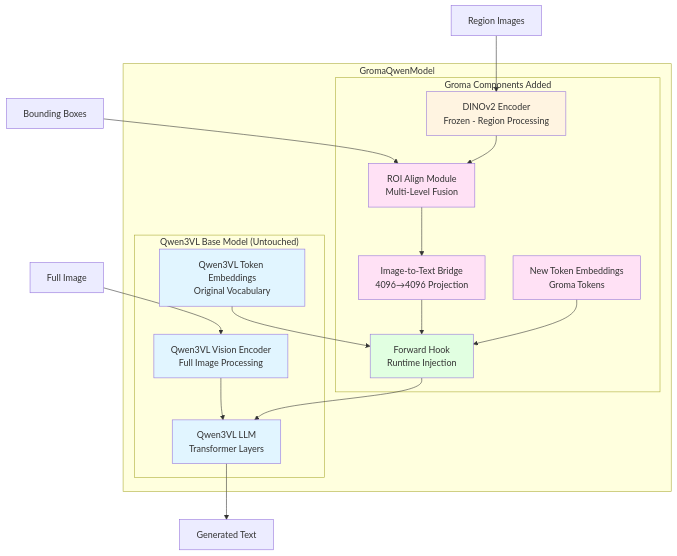
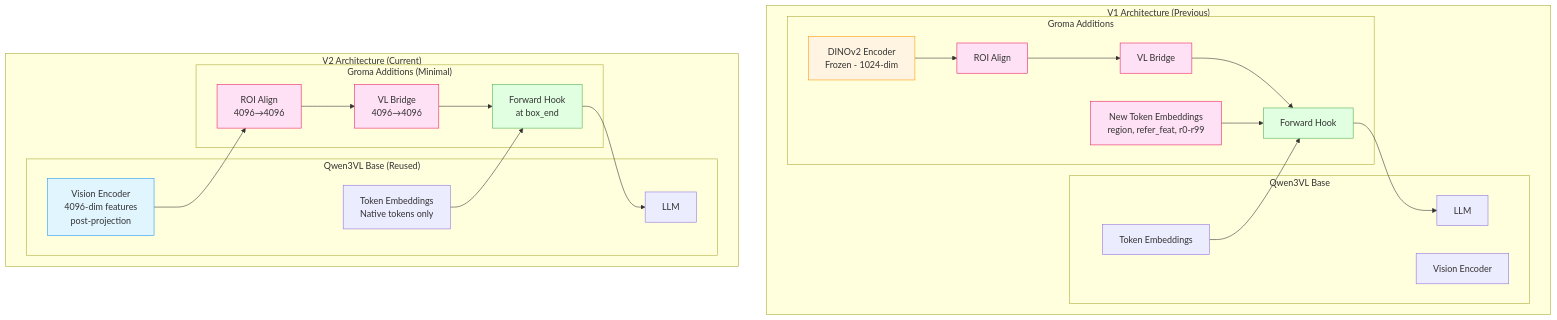
Before and after one commit to shaunliew-sit/Groma: the first of 5 diagrams in docs/RETRAIN_PLAN_QWEN3VL.md, drawn with Mermaid. The commit also changed other lines of this file and 15 other files, not shown here.

Commit message:
groma qwen v2 implementation and evaluation

````diff
--- a/docs/RETRAIN_PLAN_QWEN3VL.md
+++ b/docs/RETRAIN_PLAN_QWEN3VL.md
@@ -30,41 +37,56 @@
 ```mermaid
 graph TB
-    subgraph "GromaQwenModel"
-        subgraph "Qwen3VL Base Model (Untouched)"
-            QwenVision[Qwen3VL Vision Encoder<br/>Full Image Processing]
-            QwenLLM[Qwen3VL LLM<br/>Transformer Layers]
-            QwenEmbed[Qwen3VL Token Embeddings<br/>Original Vocabulary]
+    subgraph V1["V1 Architecture (Previous)"]
+        subgraph V1Qwen["Qwen3VL Base"]
+            V1Vision[Vision Encoder]
+            V1LLM[LLM]
+            V1Embed[Token Embeddings]
         end
         
-        subgraph "Groma Components Added"
-            DINOv2[DINOv2 Encoder<br/>Frozen - Region Processing]
-            ROIAlign[ROI Align Module<br/>Multi-Level Fusion]
-            Bridge[Image-to-Text Bridge<br/>4096→4096 Projection]
-            NewEmbed[New Token Embeddings<br/>Groma Tokens]
-            Hook[Forward Hook<br/>Runtime Injection]
+        subgraph V1Groma["Groma Additions"]
+            V1DINO[DINOv2 Encoder<br/>Frozen - 1024-dim]
+            V1ROI[ROI Align]
+            V1Bridge[VL Bridge]
+            V1NewEmbed[New Token Embeddings<br/>region, refer_feat, r0-r99]
+            V1Hook[Forward Hook]
         end
+        
+        V1DINO --> V1ROI
+        V1ROI --> V1Bridge
+        V1Bridge --> V1Hook
+        V1NewEmbed --> V1Hook
+        V1Embed --> V1Hook
+        V1Hook --> V1LLM
     end
     
-    FullImage[Full Image] --> QwenVision
-    RegionImage[Region Images] --> DINOv2
-    BBoxes[Bounding Boxes] --> ROIAlign
+    subgraph V2["V2 Architecture (Current)"]
+        subgraph V2Qwen["Qwen3VL Base (Reused)"]
+            V2Vision[Vision Encoder<br/>4096-dim features<br/>post-projection]
+            V2LLM[LLM]
+            V2Embed[Token Embeddings<br/>Native tokens only]
+        end
+        
+        subgraph V2Groma["Groma Additions (Minimal)"]
+            V2ROI[ROI Align<br/>4096→4096]
+            V2Bridge[VL Bridge<br/>4096→4096]
+            V2Hook[Forward Hook<br/>at box_end]
+        end
+        
+        V2Vision --> V2ROI
+        V2ROI --> V2Bridge
+        V2Bridge --> V2Hook
+        V2Embed --> V2Hook
+        V2Hook --> V2LLM
+    end
     
-    QwenVision --> QwenLLM
-    DINOv2 --> ROIAlign
-    ROIAlign --> Bridge
-    Bridge --> Hook
-    NewEmbed --> Hook
-    QwenEmbed --> Hook
-    Hook --> QwenLLM
+    style V1DINO fill:#fff4e1,stroke:#ff9800
+    style V1NewEmbed fill:#ffe1f5,stroke:#e91e63
+    style V1ROI fill:#ffe1f5,stroke:#e91e63
+    style V1Bridge fill:#ffe1f5,stroke:#e91e63
+    style V1Hook fill:#e1ffe1,stroke:#4caf50
     
-    QwenLLM --> Output[Generated Text]
-    
-    style QwenVision fill:#e1f5ff
-    style QwenLLM fill:#e1f5ff
-    style QwenEmbed fill:#e1f5ff
-    style DINOv2 fill:#fff4e1
-    style ROIAlign fill:#ffe1f5
-    style Bridge fill:#ffe1f5
-    style NewEmbed fill:#ffe1f5
-    style Hook fill:#e1ffe1
+    style V2Vision fill:#e1f5ff,stroke:#2196f3
+    style V2ROI fill:#ffe1f5,stroke:#e91e63
+    style V2Bridge fill:#ffe1f5,stroke:#e91e63
+    style V2Hook fill:#e1ffe1,stroke:#4caf50
 ```
````
